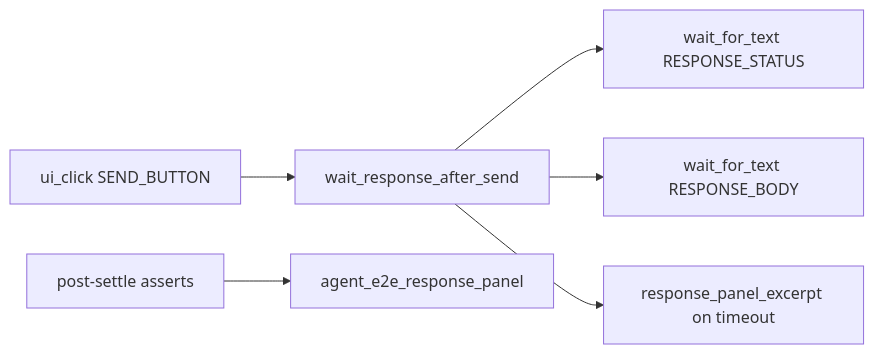
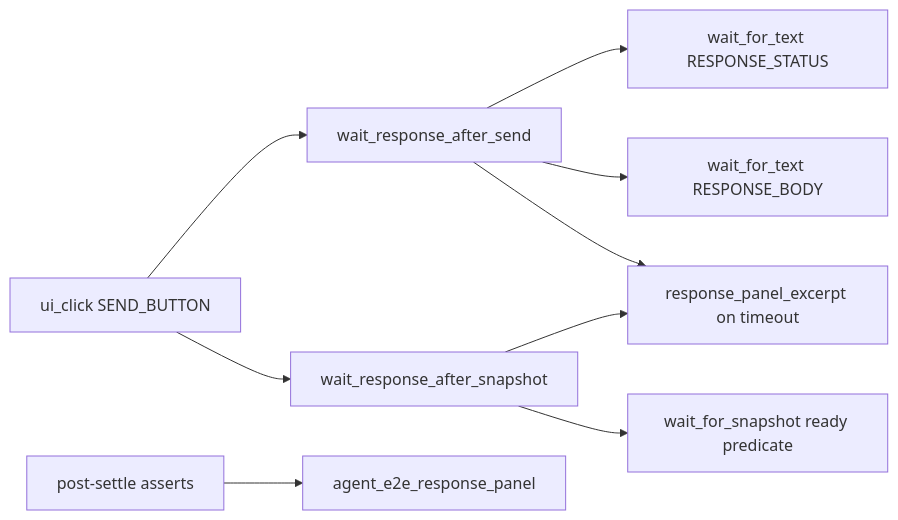
The diagram in doc/dev/agent_e2e_send_settle.md (koctep/pypost), drawn with Mermaid before and after one commit. The commit also changed other lines of this file and 11 other files, not shown here.

First line of the commit message:
refactoring(agent): PYPOST-956 Extract shared snapshot Send settle helper

````diff
--- a/doc/dev/agent_e2e_send_settle.md
+++ b/doc/dev/agent_e2e_send_settle.md
@@ -23,8 +23,11 @@
 ```mermaid
 flowchart LR
-  Send[ui_click SEND_BUTTON] --> Helper[wait_response_after_send]
-  Helper --> Status[wait_for_text RESPONSE_STATUS]
-  Helper --> Body[wait_for_text RESPONSE_BODY]
-  Helper --> Diag[response_panel_excerpt on timeout]
+  Send[ui_click SEND_BUTTON] --> Text[wait_response_after_send]
+  Send --> Snap[wait_response_after_snapshot]
+  Text --> Status[wait_for_text RESPONSE_STATUS]
+  Text --> Body[wait_for_text RESPONSE_BODY]
+  Snap --> Snapshot[wait_for_snapshot ready predicate]
+  Text --> Diag[response_panel_excerpt on timeout]
+  Snap --> Diag
   Assert[post-settle asserts] --> Panel[agent_e2e_response_panel]
 ```
````
